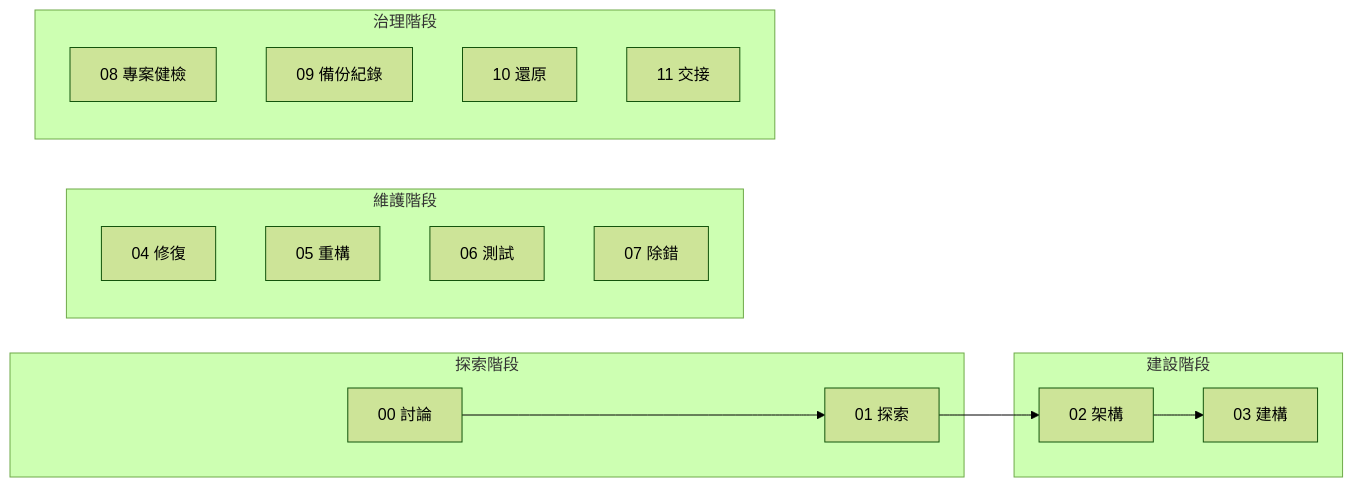
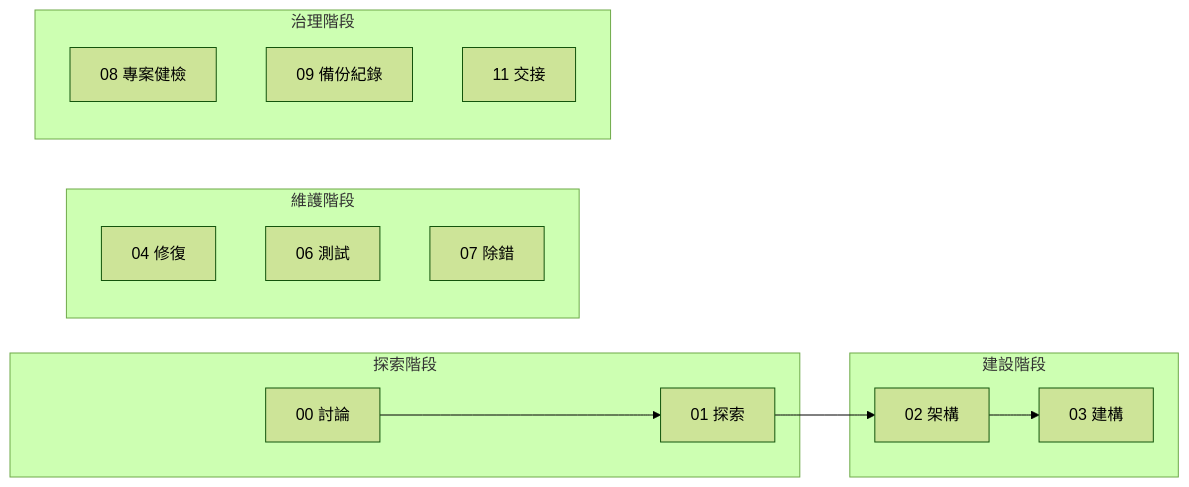
Before and after one commit to Kunshao1117/AI_Rules: the second of 3 diagrams in Antigravity/README.md, drawn with Mermaid (forest theme). The commit also changed other lines of this file and 31 other files, not shown here.

````diff
--- a/Antigravity/README.md
+++ b/Antigravity/README.md
@@ -178,25 +179,23 @@
 ```mermaid
 graph LR
     subgraph "探索階段"
         W00["00 討論"] --> W01["01 探索"]
     end
     
     subgraph "建設階段"
         W01 --> W02["02 架構"]
         W02 --> W03["03 建構"]
     end
     
     subgraph "維護階段"
         W04["04 修復"]
-        W05["05 重構"]
         W06["06 測試"]
         W07["07 除錯"]
     end
     
     subgraph "治理階段"
         W08["08 專案健檢"]
         W09["09 備份紀錄"]
-        W10["10 還原"]
         W11["11 交接"]
     end
 ```
````
